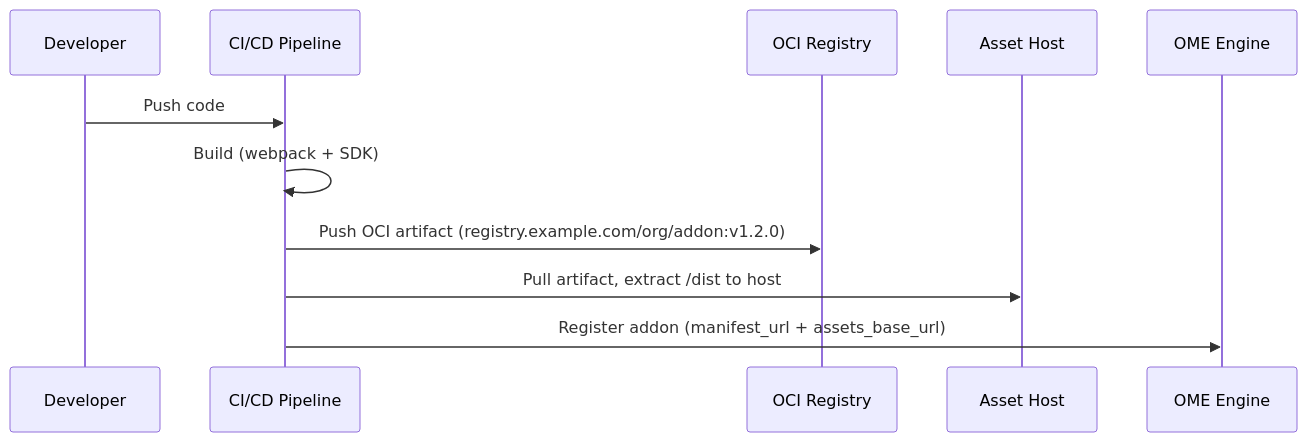
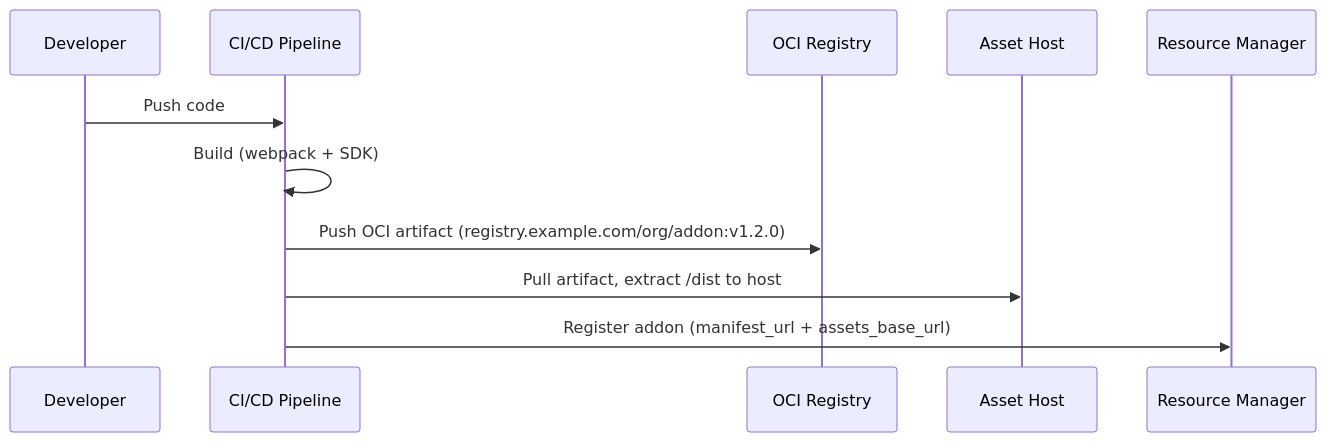
The fifth of 11 diagrams in docs/design/addon-ui-architecture.md (fleetshift/fleetshift-poc), drawn with Mermaid before and after one commit. The commit also changed other lines of this file and 1079 other files, not shown here.

Commit message:
Rename experimental OCM resource manager source and runtime identities

````diff
--- a/docs/design/addon-ui-architecture.md
+++ b/docs/design/addon-ui-architecture.md
@@ -397,14 +397,14 @@
 ```mermaid
 sequenceDiagram
     participant Dev as Developer
     participant CI as CI/CD Pipeline
     participant Registry as OCI Registry
     participant Host as Asset Host
-    participant Engine as OME Engine
+    participant Engine as Resource Manager
 
     Dev->>CI: Push code
     CI->>CI: Build (webpack + SDK)
     CI->>Registry: Push OCI artifact (registry.example.com/org/addon:v1.2.0)
     CI->>Host: Pull artifact, extract /dist to host
     CI->>Engine: Register addon (manifest_url + assets_base_url)
 ```
````
